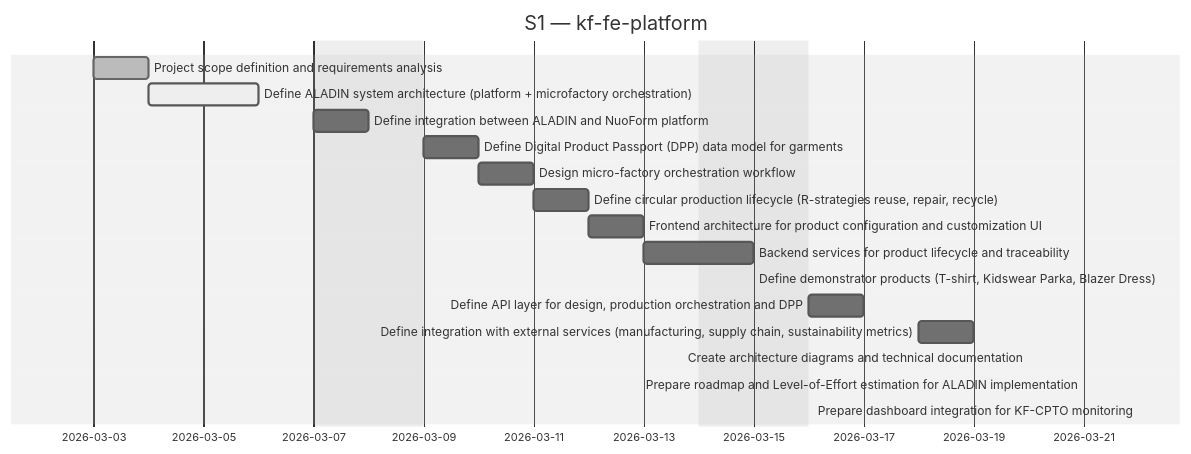
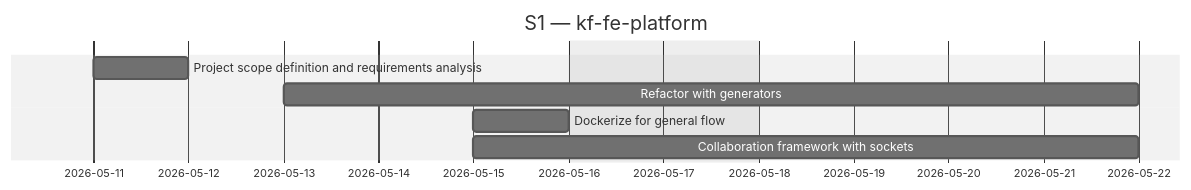
One commit to Katty-Fashion/kf-cpto changed the second of 3 diagrams in docs/_projects/kf-fe-platform.md. Above: the diagram before and after it, drawn with Mermaid (neutral theme). The commit also changed other lines of this file and 12 other files, not shown here.

````diff
--- a/docs/_projects/kf-fe-platform.md
+++ b/docs/_projects/kf-fe-platform.md
@@ -86,21 +62,11 @@
 ```mermaid
 gantt
     title S1 — kf-fe-platform
     dateFormat YYYY-MM-DD
     excludes weekends
 
-    Project scope definition and requirements analysis :done, 2026-03-03, 2026-03-04
-    Define ALADIN system architecture (platform + microfactory orchestration) :active, 2026-03-04, 2026-03-06
-    Define integration between ALADIN and NuoForm platform :2026-03-07, 2026-03-08
-    Define Digital Product Passport (DPP) data model for garments :2026-03-09, 2026-03-10
-    Design micro-factory orchestration workflow :2026-03-10, 2026-03-11
-    Define circular production lifecycle (R-strategies  reuse, repair, recycle) :2026-03-11, 2026-03-12
-    Frontend architecture for product configuration and customization UI :2026-03-12, 2026-03-13
-    Backend services for product lifecycle and traceability :2026-03-13, 2026-03-15
-    Define demonstrator products (T-shirt, Kidswear Parka, Blazer Dress) :2026-03-15, 2026-03-15
-    Define API layer for design, production orchestration and DPP :2026-03-16, 2026-03-17
-    Define integration with external services (manufacturing, supply chain, sustainability metrics) :2026-03-18, 2026-03-19
-    Create architecture diagrams and technical documentation :2026-03-20, 2026-03-20
-    Prepare roadmap and Level-of-Effort estimation for ALADIN implementation :2026-03-21, 2026-03-21
-    Prepare dashboard integration for KF-CPTO monitoring :2026-03-22, 2026-03-22
+    Project scope definition and requirements analysis :2026-05-11, 2026-05-12
+    Refactor with generators :2026-05-13, 2026-05-22
+    Dockerize for general flow :2026-05-15, 2026-05-16
+    Collaboration framework with sockets :2026-05-15, 2026-05-22
 ```
````
